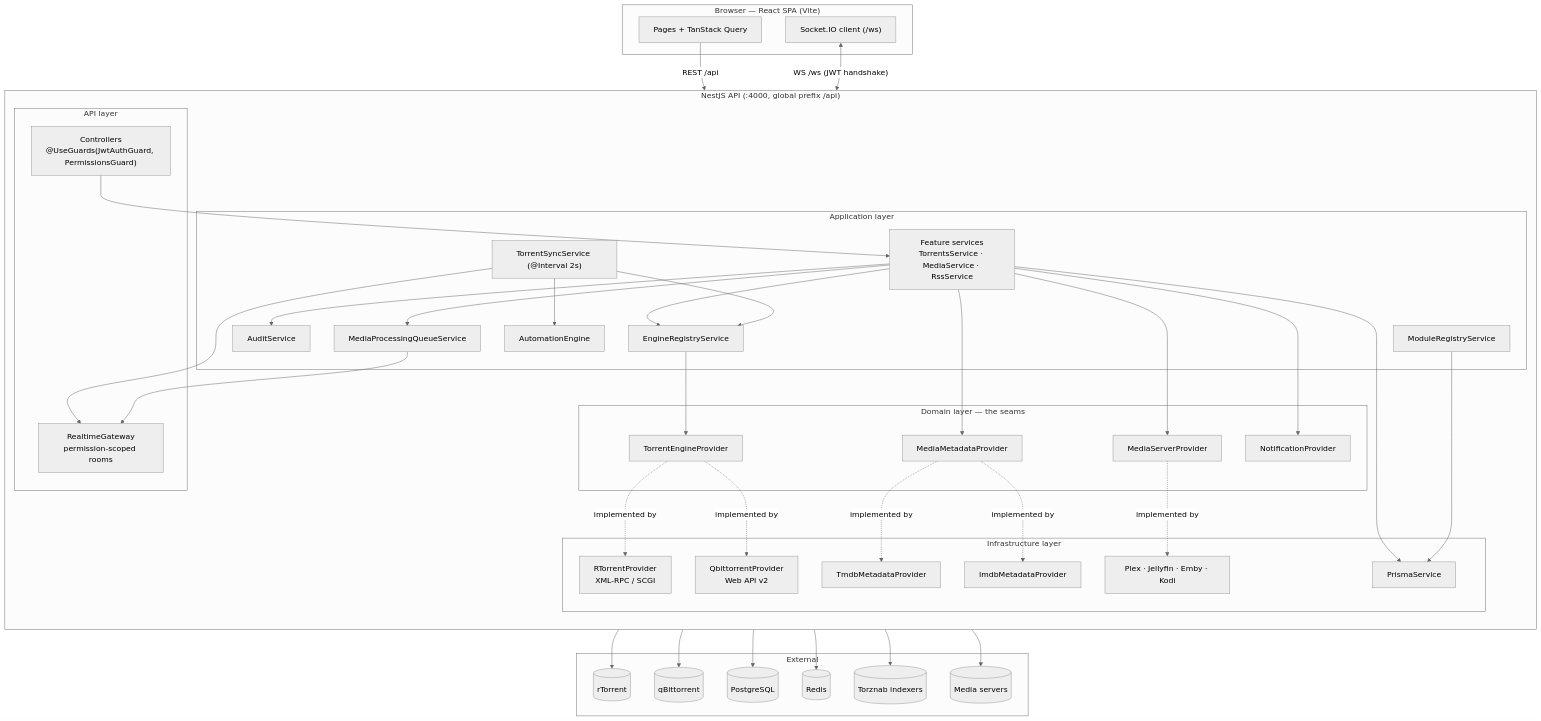
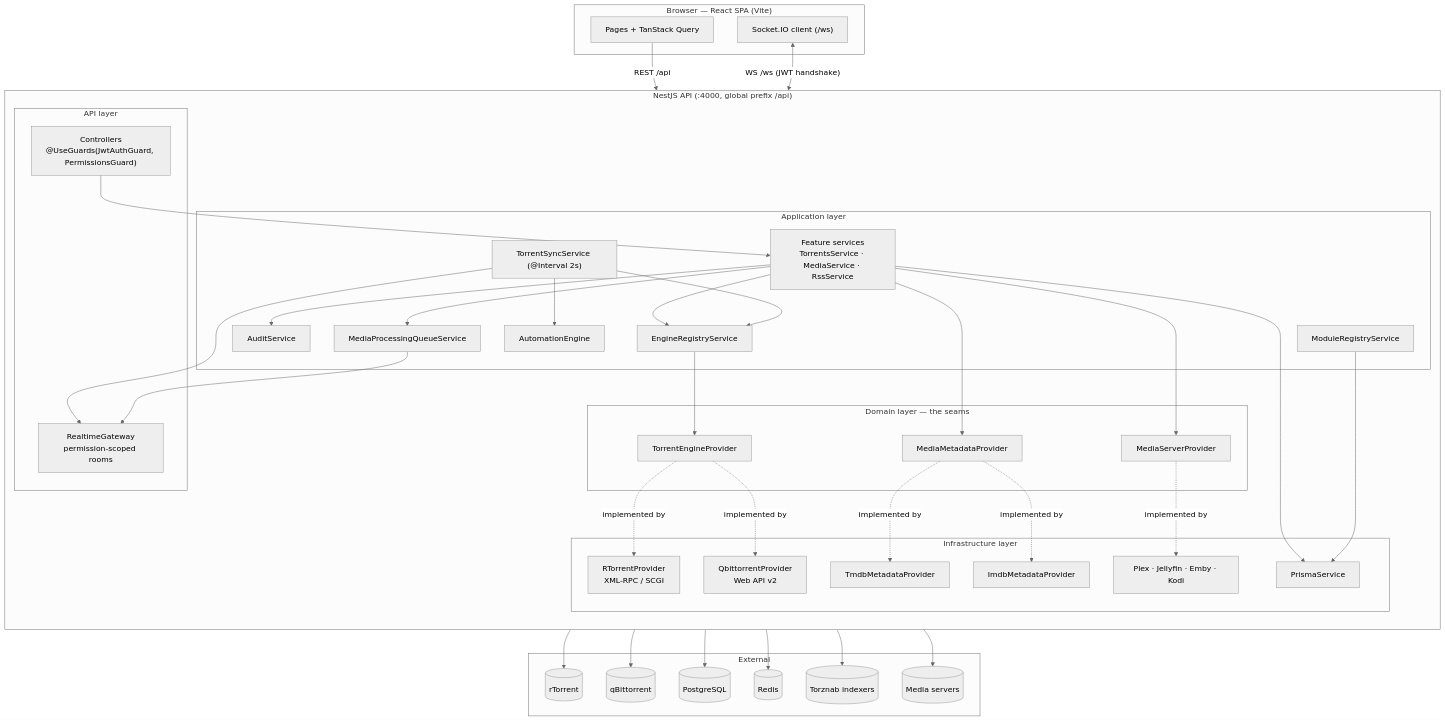
One commit to damirabal/ultratorrent-core changed the first of 2 diagrams in website/docs/develop/architecture.md. Above: the diagram before and after it, drawn with Mermaid (neutral theme). The commit also changed other lines of this file and 63 other files, not shown here.

````diff
--- a/website/docs/develop/architecture.md
+++ b/website/docs/develop/architecture.md
@@ -148,75 +145,73 @@
 ```mermaid
 flowchart TB
   subgraph Client["Browser — React SPA (Vite)"]
     UI["Pages + TanStack Query"]
     WS["Socket.IO client (/ws)"]
   end
 
   subgraph API["NestJS API (:4000, global prefix /api)"]
     direction TB
     subgraph APILayer["API layer"]
       CTRL["Controllers<br/>@UseGuards(JwtAuthGuard, PermissionsGuard)"]
       GW["RealtimeGateway<br/>permission-scoped rooms"]
     end
     subgraph AppLayer["Application layer"]
       SVC["Feature services<br/>TorrentsService · MediaService · RssService"]
       REG["EngineRegistryService"]
       SYNC["TorrentSyncService (@Interval 2s)"]
       AUTO["AutomationEngine"]
       QUEUE["MediaProcessingQueueService"]
       MODREG["ModuleRegistryService"]
       AUDIT["AuditService"]
     end
     subgraph DomainLayer["Domain layer — the seams"]
       IENG["TorrentEngineProvider"]
       IMETA["MediaMetadataProvider"]
       IMS["MediaServerProvider"]
-      INOTIF["NotificationProvider"]
     end
     subgraph Infra["Infrastructure layer"]
       RT["RTorrentProvider<br/>XML-RPC / SCGI"]
       QB["QbittorrentProvider<br/>Web API v2"]
       TMDB["TmdbMetadataProvider"]
       IMDB["ImdbMetadataProvider"]
       PLEX["Plex · Jellyfin · Emby · Kodi"]
       PRISMA["PrismaService"]
     end
   end
 
   subgraph Ext["External"]
     RTD[("rTorrent")]
     QBD[("qBittorrent")]
     PG[("PostgreSQL")]
     RD[("Redis")]
     IDX[("Torznab indexers")]
     MS[("Media servers")]
   end
 
   UI -->|"REST /api"| CTRL
   WS <-->|"WS /ws (JWT handshake)"| GW
   CTRL --> SVC
   SVC --> REG
   SVC --> AUDIT
   SVC --> QUEUE
   SYNC --> REG
   SYNC --> AUTO
   SYNC --> GW
   QUEUE --> GW
   REG --> IENG
   SVC --> IMETA
   SVC --> IMS
-  SVC --> INOTIF
   IENG -.implemented by.-> RT
   IENG -.implemented by.-> QB
   IMETA -.implemented by.-> TMDB
   IMETA -.implemented by.-> IMDB
   IMS -.implemented by.-> PLEX
   RT --> RTD
   QB --> QBD
   PLEX --> MS
   SVC --> IDX
   PRISMA --> PG
   SVC --> PRISMA
   SVC --> RD
   MODREG --> PRISMA
 ```
````
